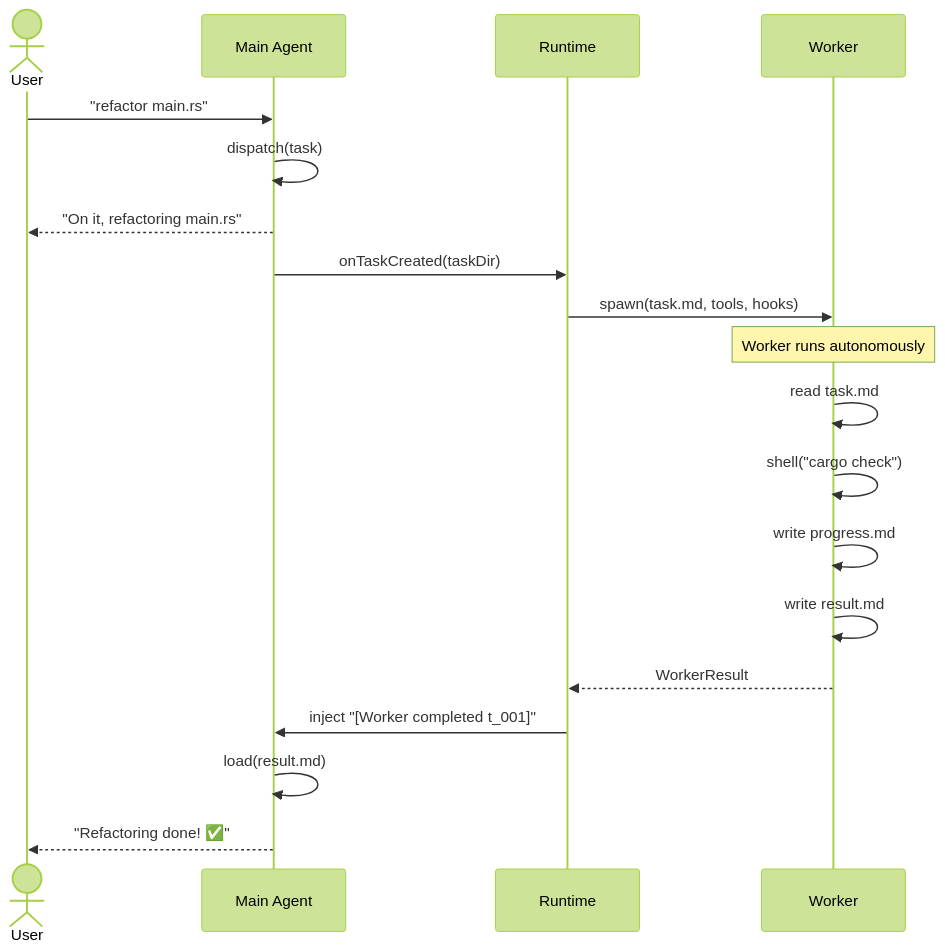
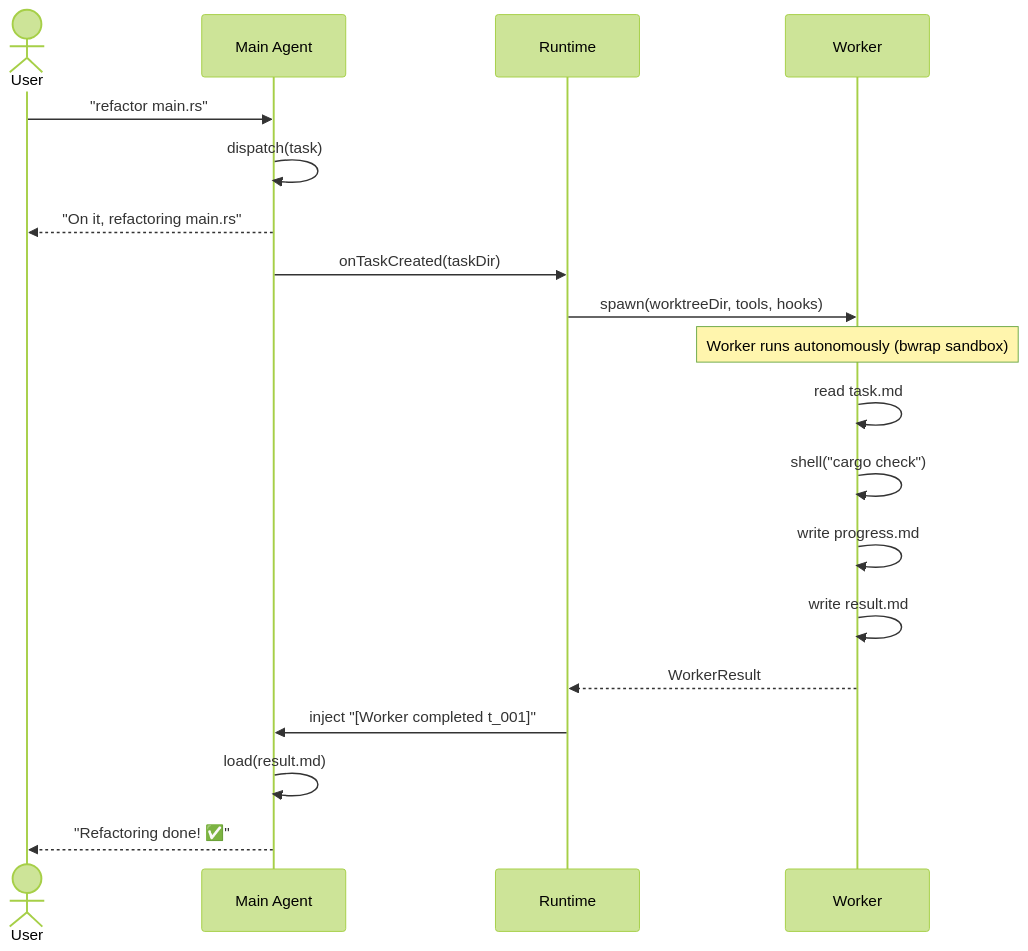
One commit to siriusctrl/picoagent changed the second of 3 diagrams in README.md. Above: the diagram before and after it, drawn with Mermaid (forest theme). The commit also changed other lines of this file and 2 other files, not shown here.

Commit message:
test+docs: cover sandbox/workspace and update architecture

````diff
--- a/README.md
+++ b/README.md
@@ -47,24 +49,24 @@
 ```mermaid
 sequenceDiagram
     actor User
     participant Main as Main Agent
     participant RT as Runtime
     participant W as Worker
 
     User->>Main: "refactor main.rs"
     Main->>Main: dispatch(task)
     Main-->>User: "On it, refactoring main.rs"
     Main->>RT: onTaskCreated(taskDir)
-    RT->>W: spawn(task.md, tools, hooks)
+    RT->>W: spawn(worktreeDir, tools, hooks)
     
-    Note over W: Worker runs autonomously
+    Note over W: Worker runs autonomously (bwrap sandbox)
     W->>W: read task.md
     W->>W: shell("cargo check")
     W->>W: write progress.md
     W->>W: write result.md
 
     W-->>RT: WorkerResult
     RT->>Main: inject "[Worker completed t_001]"
     Main->>Main: load(result.md)
     Main-->>User: "Refactoring done! ✅"
 ```
````
